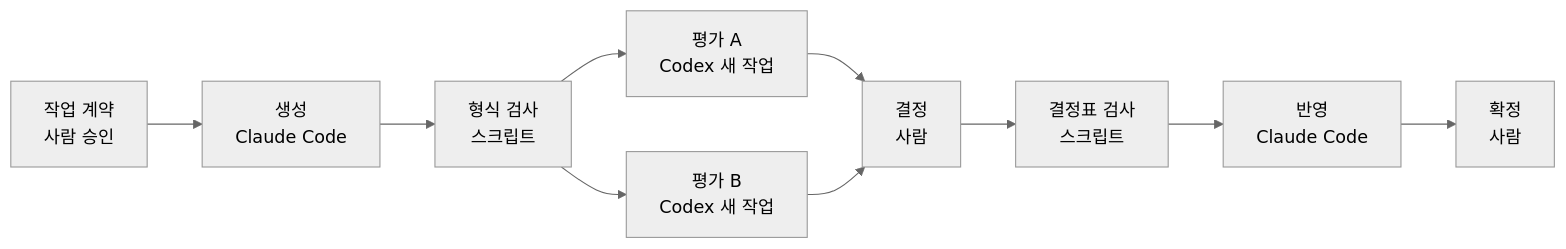
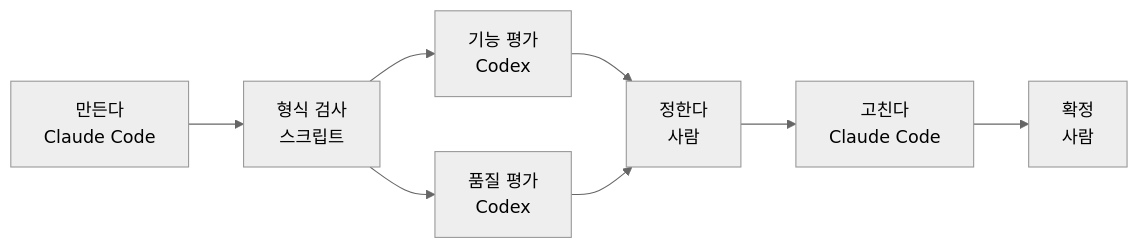
The second of 2 diagrams in README.md (join5201/stay-booking), drawn with Mermaid (neutral theme) before and after one commit. The commit also changed other lines of this file, not shown here.

````diff
--- a/README.md
+++ b/README.md
@@ -132,12 +67,5 @@
 ```mermaid
 flowchart LR
-  C["작업 계약<br/>사람 승인"] --> G["생성<br/>Claude Code"]
-  G --> K1["형식 검사<br/>스크립트"]
-  K1 --> A["평가 A<br/>Codex 새 작업"]
-  K1 --> B["평가 B<br/>Codex 새 작업"]
-  A --> D["결정<br/>사람"]
-  B --> D
-  D --> K2["결정표 검사<br/>스크립트"]
-  K2 --> R["반영<br/>Claude Code"]
-  R --> F["확정<br/>사람"]
+  G["만든다<br/>Claude Code"] --> K["형식 검사<br/>스크립트"] --> A["기능 평가<br/>Codex"] & Q["품질 평가<br/>Codex"]
+  A & Q --> D["정한다<br/>사람"] --> R["고친다<br/>Claude Code"] --> F["확정<br/>사람"]
 ```
````
